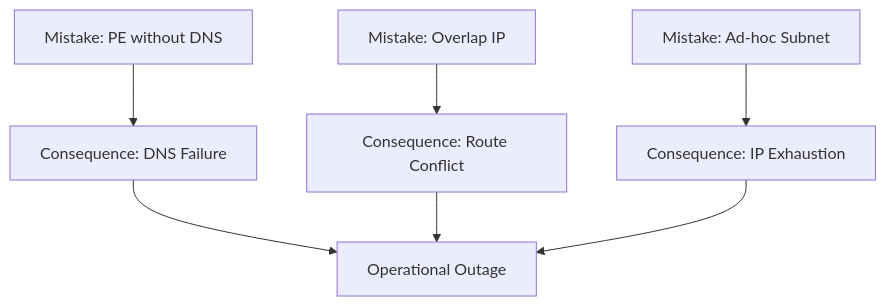
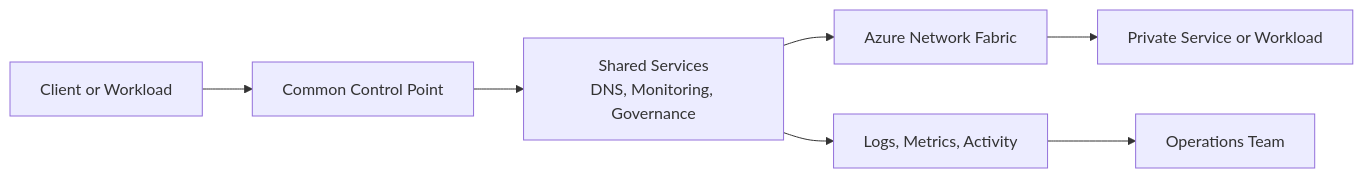
The diagram in docs/best-practices/common-anti-patterns.md (yeongseon/azure-networking-practical-guide), drawn with Mermaid before and after one commit. The commit also changed other lines of this file and 26 other files, not shown here.

````diff
--- a/docs/best-practices/common-anti-patterns.md
+++ b/docs/best-practices/common-anti-patterns.md
@@ -16,9 +15,10 @@
 ```mermaid
-graph TD
-    A[Mistake: PE without DNS] --> B[Consequence: DNS Failure]
-    C[Mistake: Overlap IP] --> D[Consequence: Route Conflict]
-    E[Mistake: Ad-hoc Subnet] --> F[Consequence: IP Exhaustion]
-    B --> G[Operational Outage]
-    D --> G
-    F --> G
+flowchart LR
+                Source[Client or Workload] --> Control[Common Control Point]
+                Control --> Shared[Shared Services
+DNS, Monitoring, Governance]
+                Shared --> Azure[Azure Network Fabric]
+                Azure --> Target[Private Service or Workload]
+                Shared --> Logs[Logs, Metrics, Activity]
+                Logs --> Ops[Operations Team]
 ```
````
